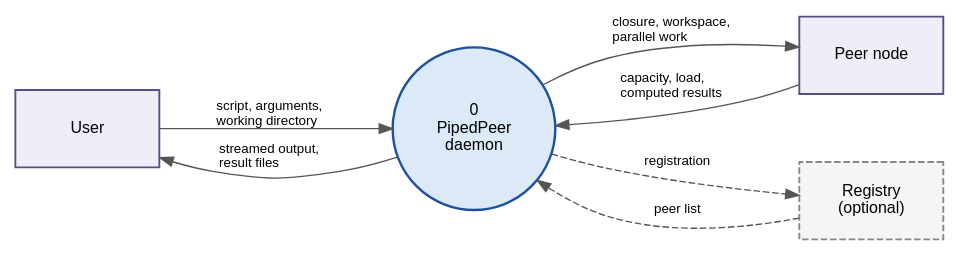
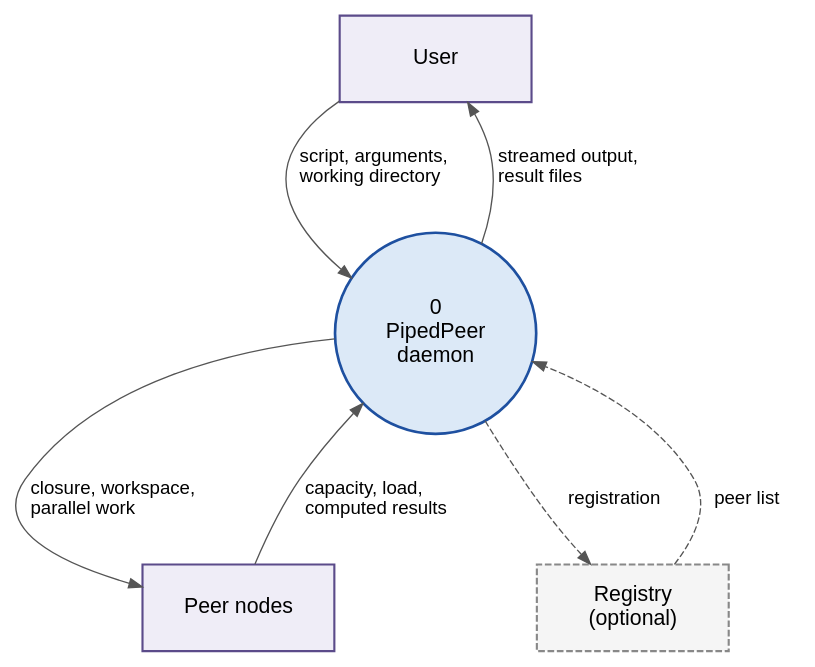
Before and after one commit to vinayakyadav2709/Pipedpeer: the diagram in docs/diagrams/src/fig_3.2_dfd_level0.dot, drawn with Graphviz. The commit also changed 34 other files, not shown here.

```diff
--- a/docs/diagrams/src/fig_3.2_dfd_level0.dot
+++ b/docs/diagrams/src/fig_3.2_dfd_level0.dot
@@ -1,20 +1,25 @@
 // Figure 3.2 - Level 0 DFD (context diagram).
+// Laid out top-to-bottom: left-to-right gave a 3.8:1 strip whose labels were
+// under 6pt once scaled to the text width.
 digraph DFD0 {
-  rankdir=LR; bgcolor="white"; nodesep=0.6; ranksep=1.1;
-  node [fontname="Helvetica", fontsize=12];
-  edge [fontname="Helvetica", fontsize=10, color="#555555"];
+  rankdir=TB; bgcolor="white"; nodesep=0.75; ranksep=0.95;
+  node [fontname="Helvetica", fontsize=16];
+  edge [fontname="Helvetica", fontsize=14, color="#555555"];
 
-  user  [label="User", shape=box, style="filled", fillcolor="#efedf7", color="#5b4b8a", penwidth=1.4, width=1.5, height=0.8];
-  peer  [label="Peer node", shape=box, style="filled", fillcolor="#efedf7", color="#5b4b8a", penwidth=1.4, width=1.5, height=0.8];
-  reg   [label="Registry\n(optional)", shape=box, style="filled", fillcolor="#f5f5f5", color="#888888", style="filled,dashed", penwidth=1.4, width=1.5, height=0.8];
+  user [label="User", shape=box, style=filled, fillcolor="#efedf7", color="#5b4b8a",
+        penwidth=1.6, width=2.0, height=0.9];
+  peer [label="Peer nodes", shape=box, style=filled, fillcolor="#efedf7", color="#5b4b8a",
+        penwidth=1.6, width=2.0, height=0.9];
+  reg  [label="Registry\n(optional)", shape=box, style="filled,dashed", fillcolor="#f5f5f5",
+        color="#888888", penwidth=1.6, width=2.0, height=0.9];
 
-  sys [label="0\nPipedPeer\ndaemon", shape=circle, style="filled", fillcolor="#dce9f7",
-       color="#1e50a0", penwidth=1.8, width=1.7, fixedsize=true];
+  sys [label="0\nPipedPeer\ndaemon", shape=circle, style=filled, fillcolor="#dce9f7",
+       color="#1e50a0", penwidth=2.0, width=2.1, fixedsize=true];
 
   user -> sys [label="  script, arguments,\l  working directory\l"];
   sys -> user [label="  streamed output,\l  result files\l"];
   sys -> peer [label="  closure, workspace,\l  parallel work\l"];
   peer -> sys [label="  capacity, load,\l  computed results\l"];
-  sys -> reg  [label=" registration ", style=dashed];
-  reg -> sys  [label=" peer list ", style=dashed];
+  sys -> reg  [label="  registration  ", style=dashed];
+  reg -> sys  [label="  peer list  ", style=dashed];
 }
```
